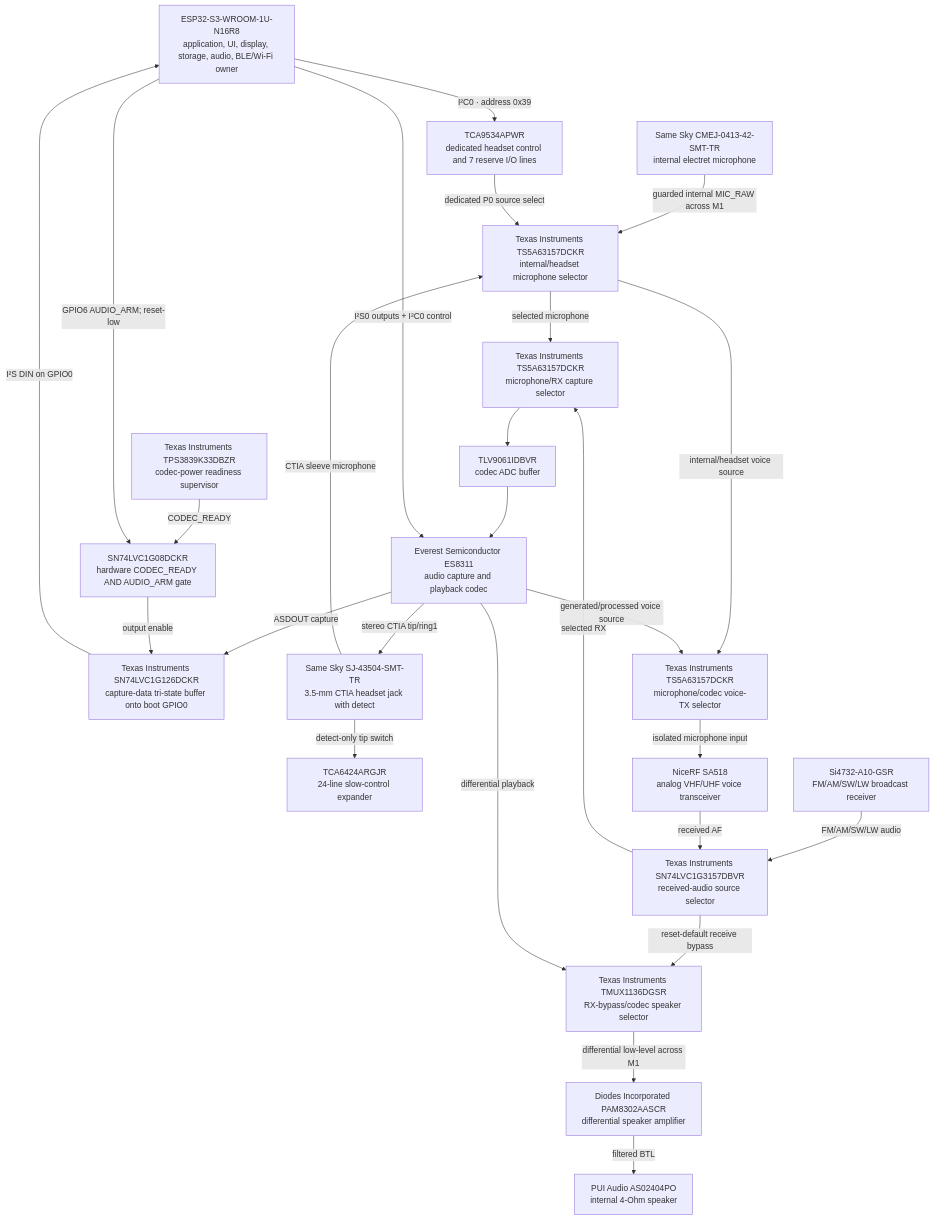
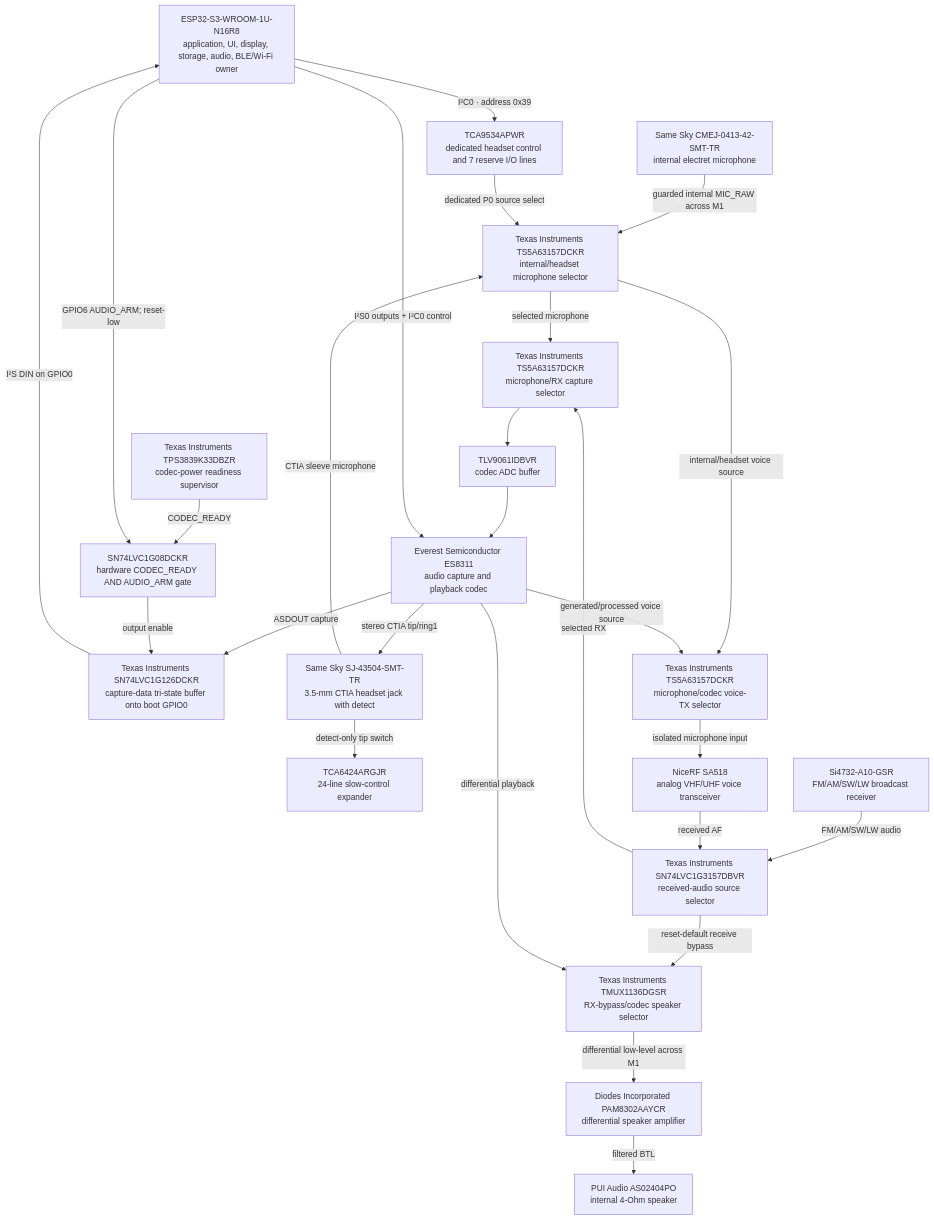
One commit to anton-vinogradov/esp32-leshy2 changed the sixth of 10 diagrams in docs/schematics.md. Above: the diagram before and after it, drawn with Mermaid. The commit also changed other lines of this file and 54 other files, not shown here.

````diff
--- a/docs/schematics.md
+++ b/docs/schematics.md
@@ -185,45 +187,45 @@
 ```mermaid
 flowchart TD
 S3["ESP32-S3-WROOM-1U-N16R8<br/>application, UI, display, storage, audio, BLE/Wi-Fi owner"]
 SLOW_IO["TCA6424ARGJR<br/>24-line slow-control expander"]
 RECEIVER["Si4732-A10-GSR<br/>FM/AM/SW/LW broadcast receiver"]
 VOICE["NiceRF SA518<br/>analog VHF/UHF voice transceiver"]
 MICROPHONE["Same Sky CMEJ-0413-42-SMT-TR<br/>internal electret microphone"]
 HEADSET_CONTROL_IO["TCA9534APWR<br/>dedicated headset control and 7 reserve I/O lines"]
 HEADSET_MIC_SELECTOR["Texas Instruments TS5A63157DCKR<br/>internal/headset microphone selector"]
 AUDIO_RX_MUX["Texas Instruments SN74LVC1G3157DBVR<br/>received-audio source selector"]
 AUDIO_CAPTURE_SELECTOR["Texas Instruments TS5A63157DCKR<br/>microphone/RX capture selector"]
 AUDIO_CAPTURE_BUFFER["TLV9061IDBVR<br/>codec ADC buffer"]
 CODEC["Everest Semiconductor ES8311<br/>audio capture and playback codec"]
 CODEC_SUPERVISOR["Texas Instruments TPS3839K33DBZR<br/>codec-power readiness supervisor"]
 CODEC_I2S_DIN_BOOT_GATE["SN74LVC1G08DCKR<br/>hardware CODEC_READY AND AUDIO_ARM gate"]
 CODEC_I2S_DIN_ISO["Texas Instruments SN74LVC1G126DCKR<br/>capture-data tri-state buffer onto boot GPIO0"]
 AUDIO_SPEAKER_SELECTOR["Texas Instruments TMUX1136DGSR<br/>RX-bypass/codec speaker selector"]
 AUDIO_TX_SELECTOR["Texas Instruments TS5A63157DCKR<br/>microphone/codec voice-TX selector"]
-SPEAKER_AMP["Diodes Incorporated PAM8302AASCR<br/>differential speaker amplifier"]
+SPEAKER_AMP["Diodes Incorporated PAM8302AAYCR<br/>differential speaker amplifier"]
 SPEAKER["PUI Audio AS02404PO<br/>internal 4-Ohm speaker"]
 HEADPHONE_JACK["Same Sky SJ-43504-SMT-TR<br/>3.5-mm CTIA headset jack with detect"]
   RECEIVER -->|"FM/AM/SW/LW audio"| AUDIO_RX_MUX
   VOICE -->|"received AF"| AUDIO_RX_MUX
   AUDIO_RX_MUX -->|"selected RX"| AUDIO_CAPTURE_SELECTOR
   MICROPHONE -->|"guarded internal MIC_RAW across M1"| HEADSET_MIC_SELECTOR
   HEADPHONE_JACK -->|"CTIA sleeve microphone"| HEADSET_MIC_SELECTOR
   HEADPHONE_JACK -->|"detect-only tip switch"| SLOW_IO
   S3 -->|"I²C0 · address 0x39"| HEADSET_CONTROL_IO
   HEADSET_CONTROL_IO -->|"dedicated P0 source select"| HEADSET_MIC_SELECTOR
   HEADSET_MIC_SELECTOR -->|"selected microphone"| AUDIO_CAPTURE_SELECTOR
   AUDIO_CAPTURE_SELECTOR --> AUDIO_CAPTURE_BUFFER --> CODEC
   S3 -->|"I²S0 outputs + I²C0 control"| CODEC
   CODEC -->|"ASDOUT capture"| CODEC_I2S_DIN_ISO -->|"I²S DIN on GPIO0"| S3
   CODEC_SUPERVISOR -->|"CODEC_READY"| CODEC_I2S_DIN_BOOT_GATE
   S3 -->|"GPIO6 AUDIO_ARM; reset-low"| CODEC_I2S_DIN_BOOT_GATE
   CODEC_I2S_DIN_BOOT_GATE -->|"output enable"| CODEC_I2S_DIN_ISO
   AUDIO_RX_MUX -->|"reset-default receive bypass"| AUDIO_SPEAKER_SELECTOR
   CODEC -->|"differential playback"| AUDIO_SPEAKER_SELECTOR
   AUDIO_SPEAKER_SELECTOR -->|"differential low-level across M1"| SPEAKER_AMP
   SPEAKER_AMP -->|"filtered BTL"| SPEAKER
   CODEC -->|"stereo CTIA tip/ring1"| HEADPHONE_JACK
   HEADSET_MIC_SELECTOR -->|"internal/headset voice source"| AUDIO_TX_SELECTOR
   CODEC -->|"generated/processed voice source"| AUDIO_TX_SELECTOR
   AUDIO_TX_SELECTOR -->|"isolated microphone input"| VOICE
 ```
````
